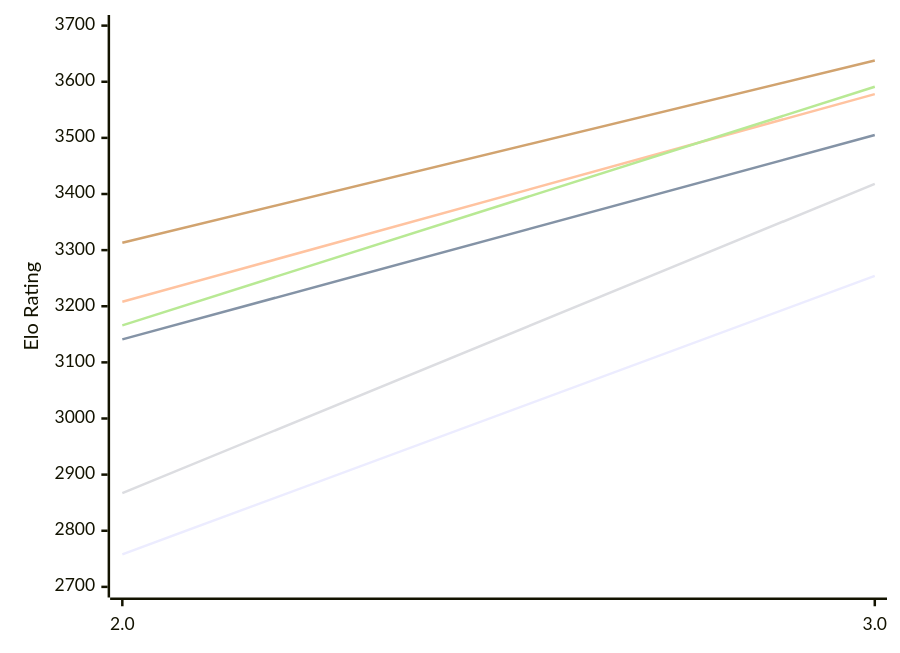
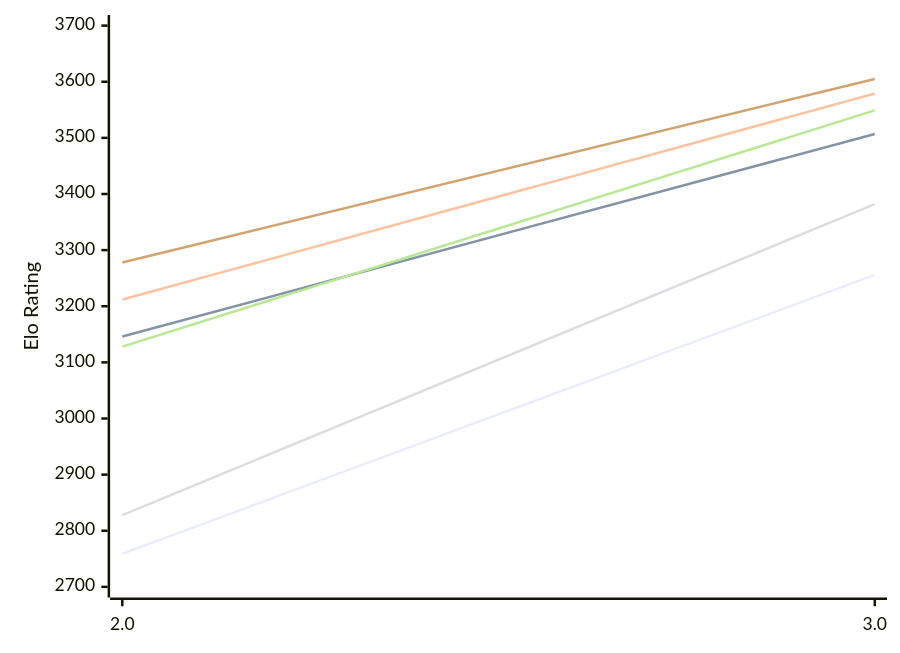
Before and after one commit to computer-chess-index/cci: the diagram in engines/Funcomp.md, drawn with Mermaid. The commit also changed other lines of this file, not shown here.

Commit message:
Update CCI Ratings (ELO VLTC) - 2026-10-23

````diff
--- a/engines/Funcomp.md
+++ b/engines/Funcomp.md
@@ -49,12 +49,12 @@
 ```mermaid
 %%{init: {"theme":"base","themeVariables":{"seriesColors:['#a3a3a3','#222221','#faa371']}}}%%
 xychart-beta
   x-axis ["2.0", "3.0"]
   y-axis "Elo Rating" 2700 --> 3700
-  line "E1: STC (8.0+0.08s)" [2758, 3254]
-  line "E1: LTC (60.0+0.60s)" [3141, 3505]
-  line "E1: VLTC (2m24s+1.12s)" [3208, 3578]
-  line "P1: STC (8.0+0.08s)" [2867, 3418]
-  line "P1: LTC (60.0+0.60s)" [3166, 3591]
-  line "P1: VLTC (2m24s+1.12s)" [3313, 3638]
+  line "E1: STC (8.0+0.08s)" [2759, 3256]
+  line "E1: LTC (60.0+0.60s)" [3146, 3507]
+  line "E1: VLTC (2m24s+1.12s)" [3212, 3579]
+  line "P1: STC (8.0+0.08s)" [2828, 3382]
+  line "P1: LTC (60.0+0.60s)" [3128, 3549]
+  line "P1: VLTC (2m24s+1.12s)" [3278, 3605]
 ```
````
